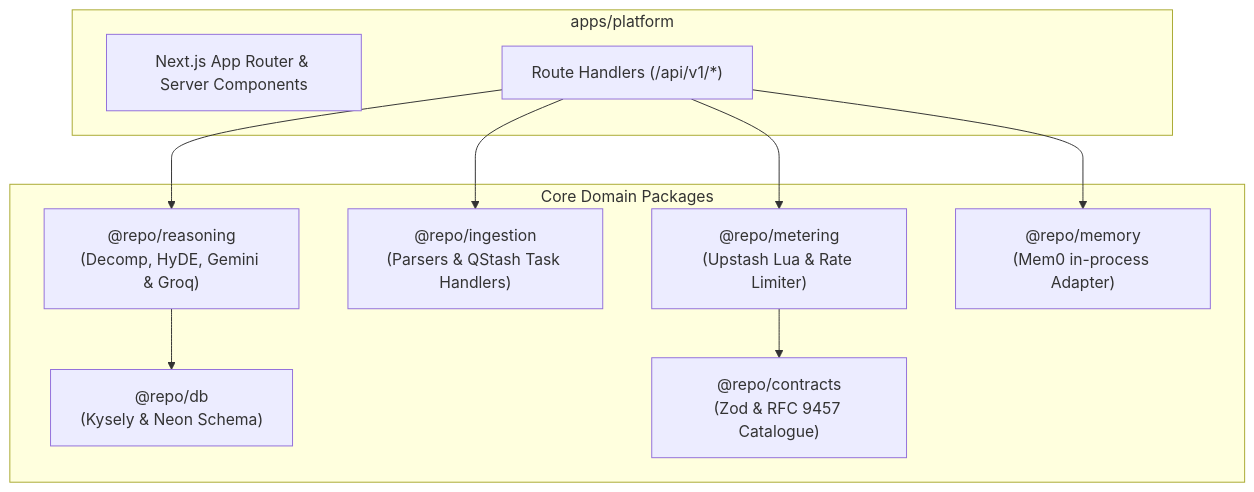
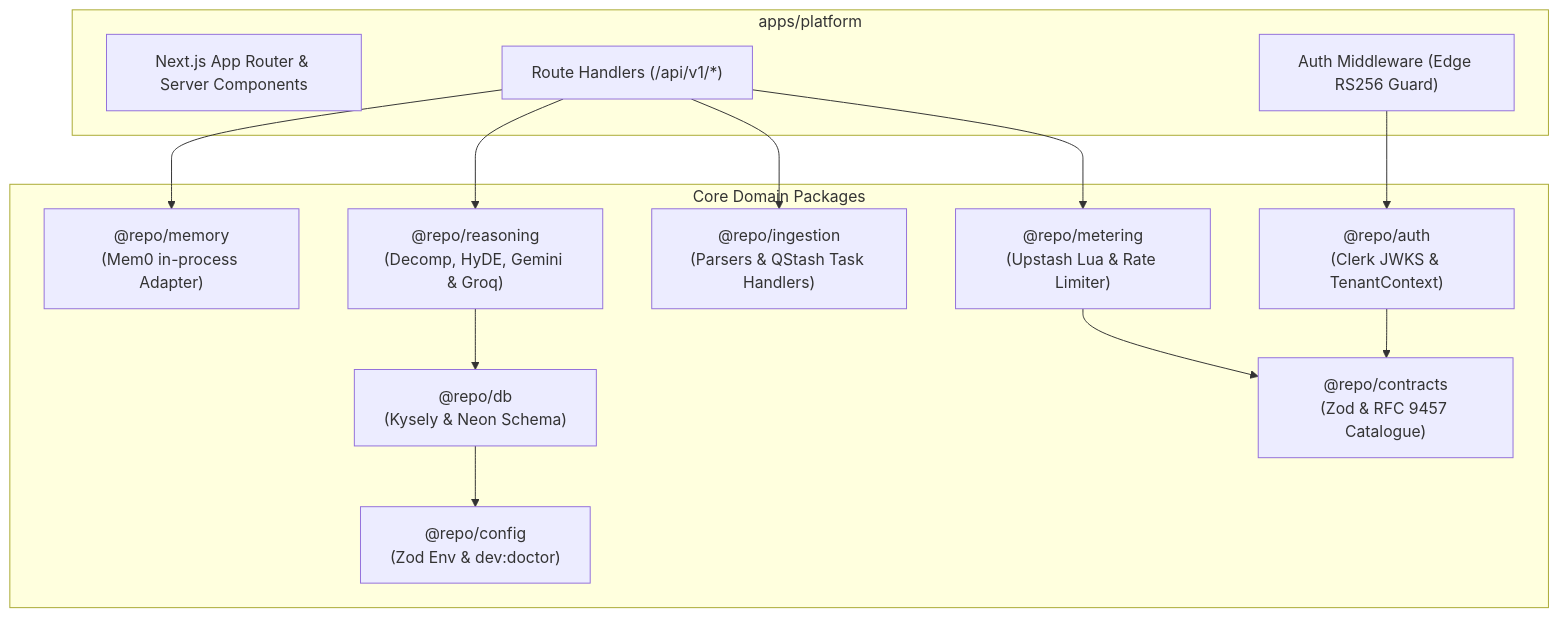
The third of 3 diagrams in _documentation/planning/architecture.md (Glitch-guy0/Contextual), drawn with Mermaid before and after one commit. The commit also changed other lines of this file and 19 other files, not shown here.

First line of the commit message:
docs(m1): seal Milestone M1 architecture plan, contracts, and story breakdown

````diff
--- a/_documentation/planning/architecture.md
+++ b/_documentation/planning/architecture.md
@@ -156,23 +164,29 @@
 ```mermaid
 graph TD
     subgraph "apps/platform"
         APP_ROUTER["Next.js App Router & Server Components"]
         API_ROUTES["Route Handlers (/api/v1/*)"]
+        MID["Auth Middleware (Edge RS256 Guard)"]
     end
 
     subgraph "Core Domain Packages"
+        PKG_AUTH["@repo/auth<br/>(Clerk JWKS & TenantContext)"]
         PKG_METER["@repo/metering<br/>(Upstash Lua & Rate Limiter)"]
         PKG_INGEST["@repo/ingestion<br/>(Parsers & QStash Task Handlers)"]
         PKG_REASON["@repo/reasoning<br/>(Decomp, HyDE, Gemini & Groq)"]
         PKG_MEM["@repo/memory<br/>(Mem0 in-process Adapter)"]
         PKG_DB["@repo/db<br/>(Kysely & Neon Schema)"]
         PKG_CONTRACTS["@repo/contracts<br/>(Zod & RFC 9457 Catalogue)"]
+        PKG_CONFIG["@repo/config<br/>(Zod Env & dev:doctor)"]
     end
 
+    MID --> PKG_AUTH
     API_ROUTES --> PKG_METER
     API_ROUTES --> PKG_INGEST
     API_ROUTES --> PKG_REASON
     API_ROUTES --> PKG_MEM
     PKG_REASON --> PKG_DB
     PKG_METER --> PKG_CONTRACTS
+    PKG_AUTH --> PKG_CONTRACTS
+    PKG_DB --> PKG_CONFIG
 ```
````
